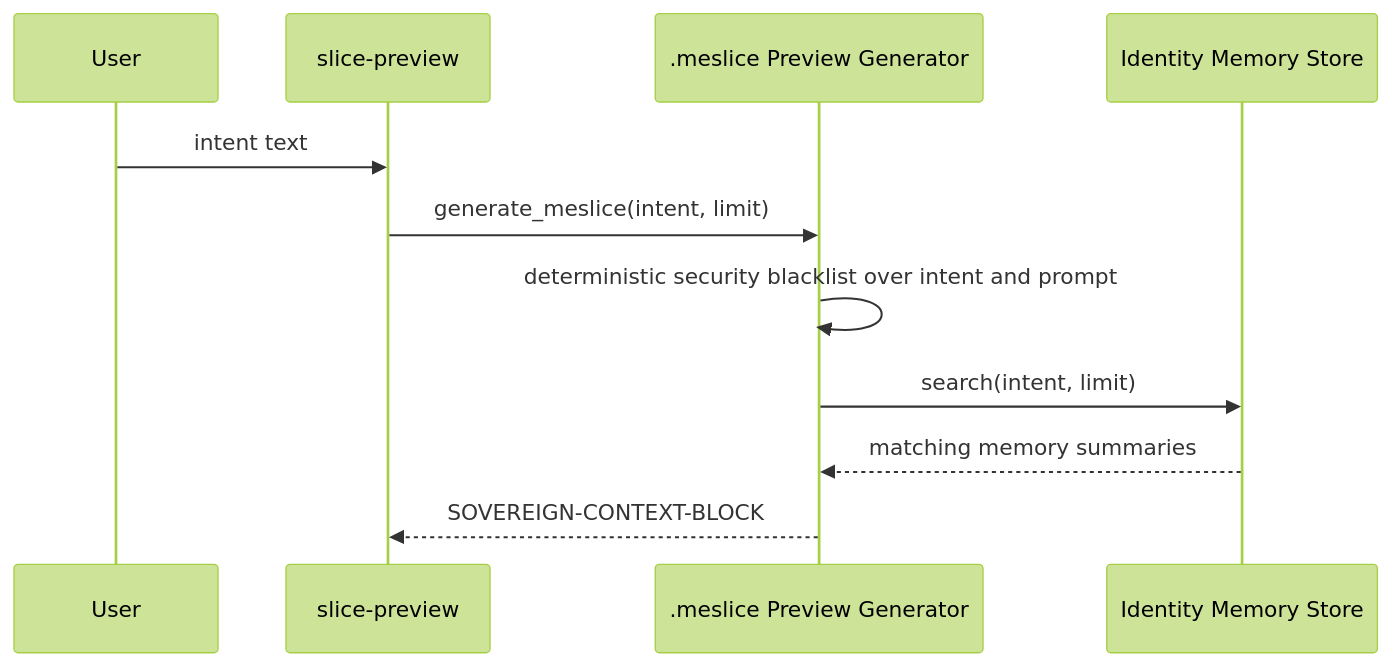
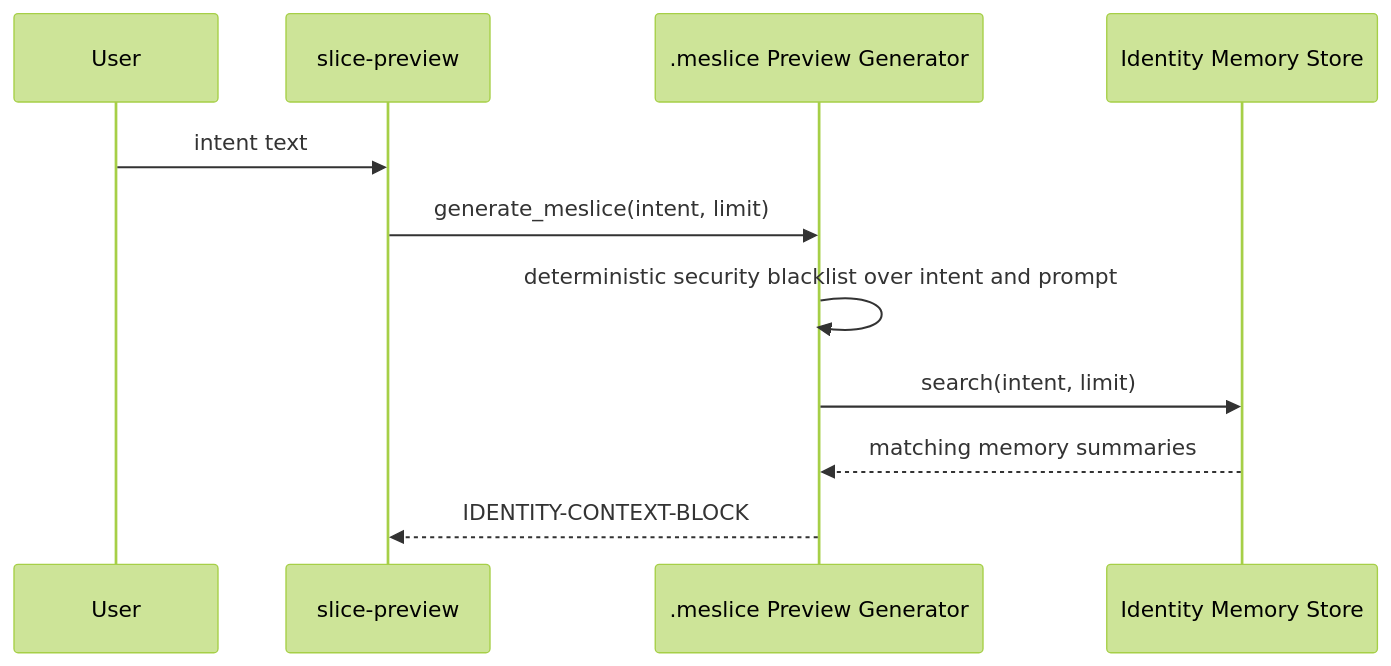
One commit to FiNdAlMkSkInDaL/Identity changed diagram 14 of 15 in docs/system-map.md. Above: the diagram before and after it, drawn with Mermaid (forest theme). The commit also changed other lines of this file and 32 other files, not shown here.

````diff
--- a/docs/system-map.md
+++ b/docs/system-map.md
@@ -299,14 +410,14 @@
 ```mermaid
 sequenceDiagram
     participant User
     participant CLI as slice-preview
     participant Slice as .meslice Preview Generator
     participant Memory as Identity Memory Store
 
     User->>CLI: intent text
     CLI->>Slice: generate_meslice(intent, limit)
     Slice->>Slice: deterministic security blacklist over intent and prompt
     Slice->>Memory: search(intent, limit)
     Memory-->>Slice: matching memory summaries
-    Slice-->>CLI: SOVEREIGN-CONTEXT-BLOCK
+    Slice-->>CLI: IDENTITY-CONTEXT-BLOCK
 ```
````
